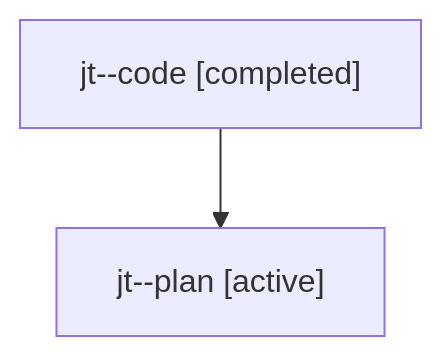
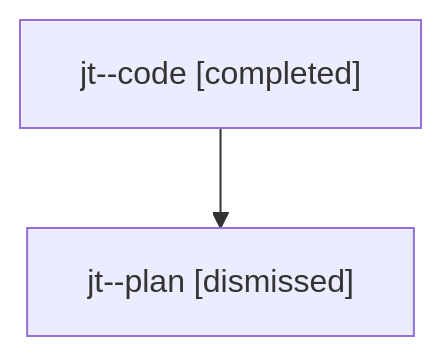
The diagram in sessions/bbugyi200.athena.jt.md (sase-org/sase--agents), drawn with Mermaid before and after one commit. The commit also changed other lines of this file and 50 other files, not shown here.

````diff
--- a/sessions/bbugyi200.athena.jt.md
+++ b/sessions/bbugyi200.athena.jt.md
@@ -9,6 +9,6 @@
 ```mermaid
 flowchart TD
   n0["jt--code [completed]"]
-  n1["jt--plan [active]"]
+  n1["jt--plan [dismissed]"]
   n0 --> n1
 ```
````
